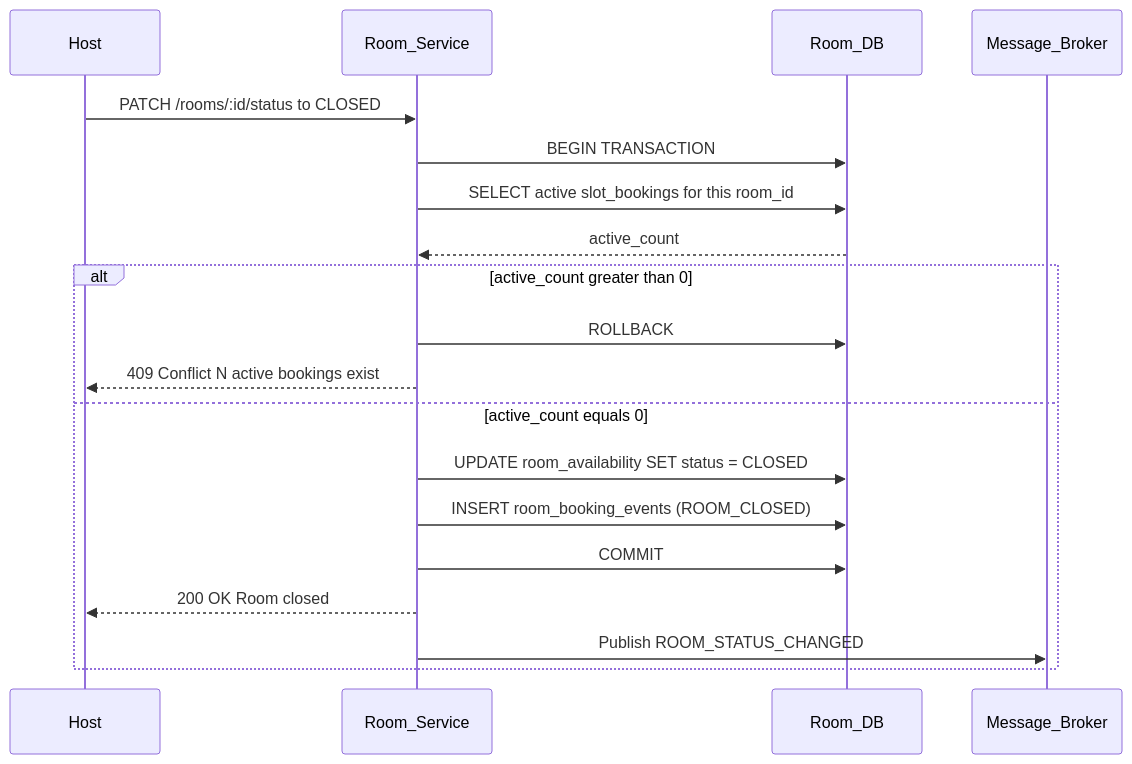
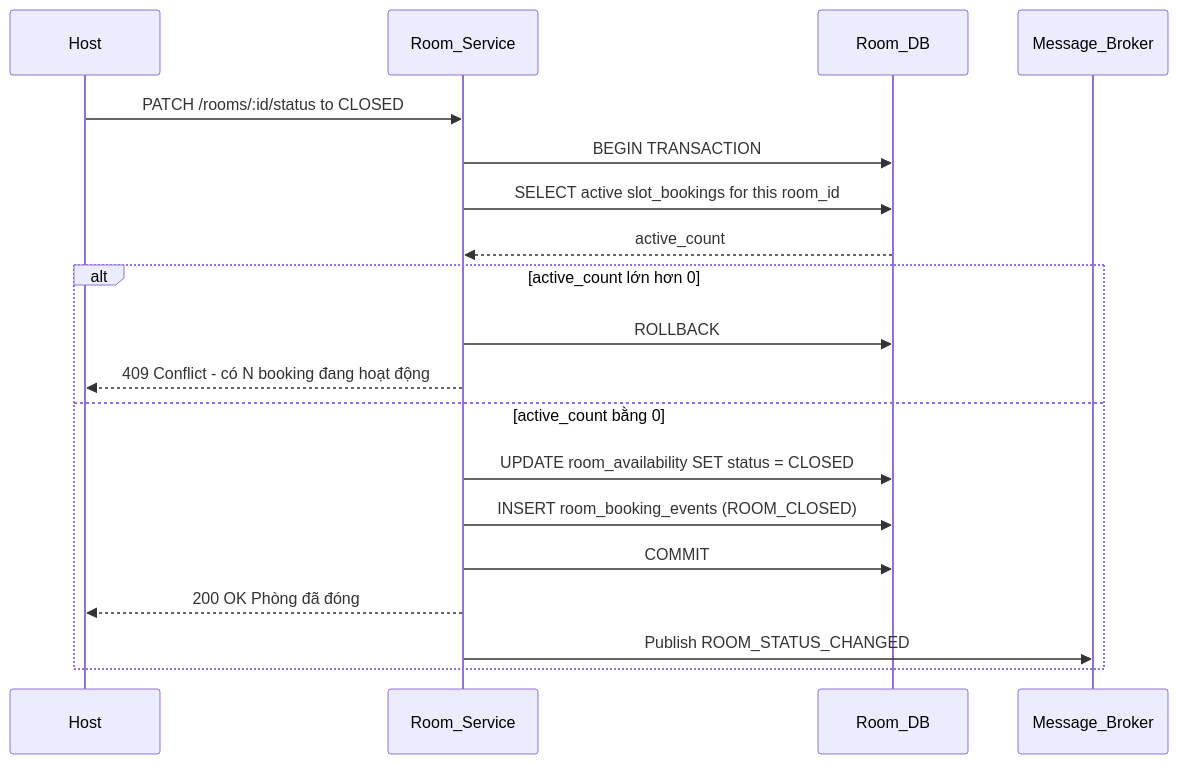
One commit to PhamVietHoangFPT/databaseHomi changed diagram 18 of 54 in Mermaid.md. Above: the diagram before and after it, drawn with Mermaid. The commit also changed other lines of this file and 3 other files, not shown here.

````diff
--- a/Mermaid.md
+++ b/Mermaid.md
@@ -662,23 +662,23 @@
 ```mermaid
 sequenceDiagram
     participant Host
     participant Room_Service
     participant Room_DB
 
     Host->>Room_Service: PATCH /rooms/:id/status to CLOSED
 
     Room_Service->>Room_DB: BEGIN TRANSACTION
     Room_Service->>Room_DB: SELECT active slot_bookings for this room_id
     Room_DB-->>Room_Service: active_count
 
-    alt active_count greater than 0
+    alt active_count lớn hơn 0
         Room_Service->>Room_DB: ROLLBACK
-        Room_Service-->>Host: 409 Conflict N active bookings exist
-    else active_count equals 0
+        Room_Service-->>Host: 409 Conflict - có N booking đang hoạt động
+    else active_count bằng 0
         Room_Service->>Room_DB: UPDATE room_availability SET status = CLOSED
         Room_Service->>Room_DB: INSERT room_booking_events (ROOM_CLOSED)
         Room_Service->>Room_DB: COMMIT
-        Room_Service-->>Host: 200 OK Room closed
+        Room_Service-->>Host: 200 OK Phòng đã đóng
         Room_Service->>Message_Broker: Publish ROOM_STATUS_CHANGED
     end
 ```
````
